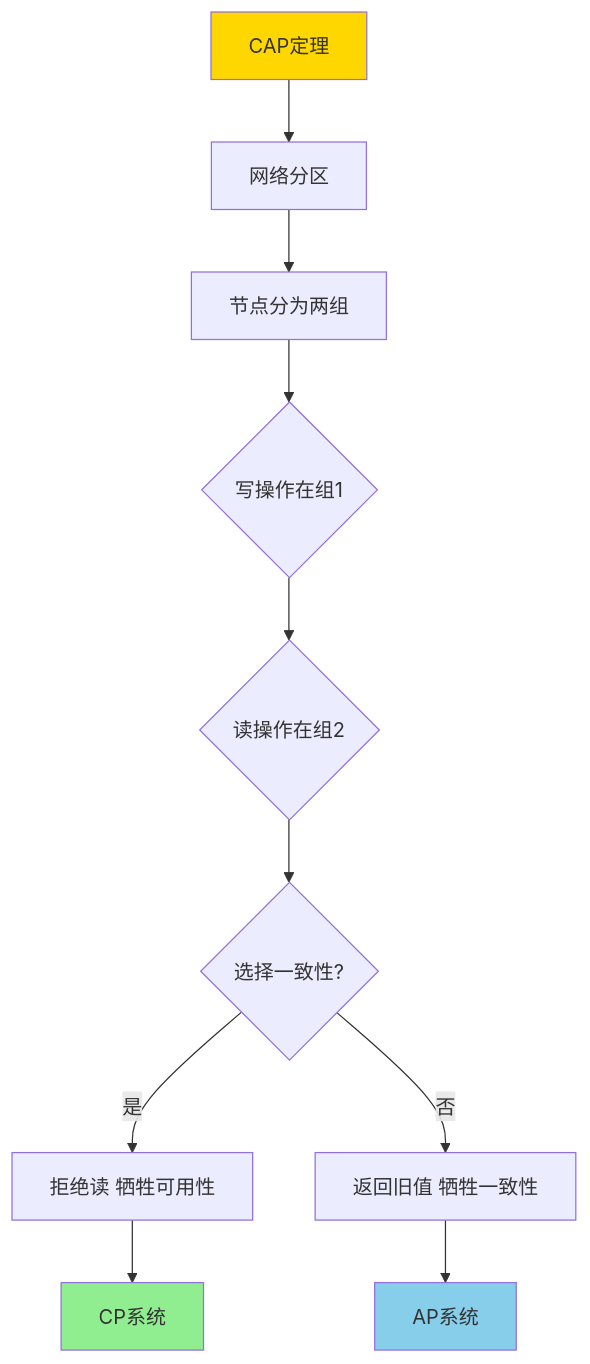
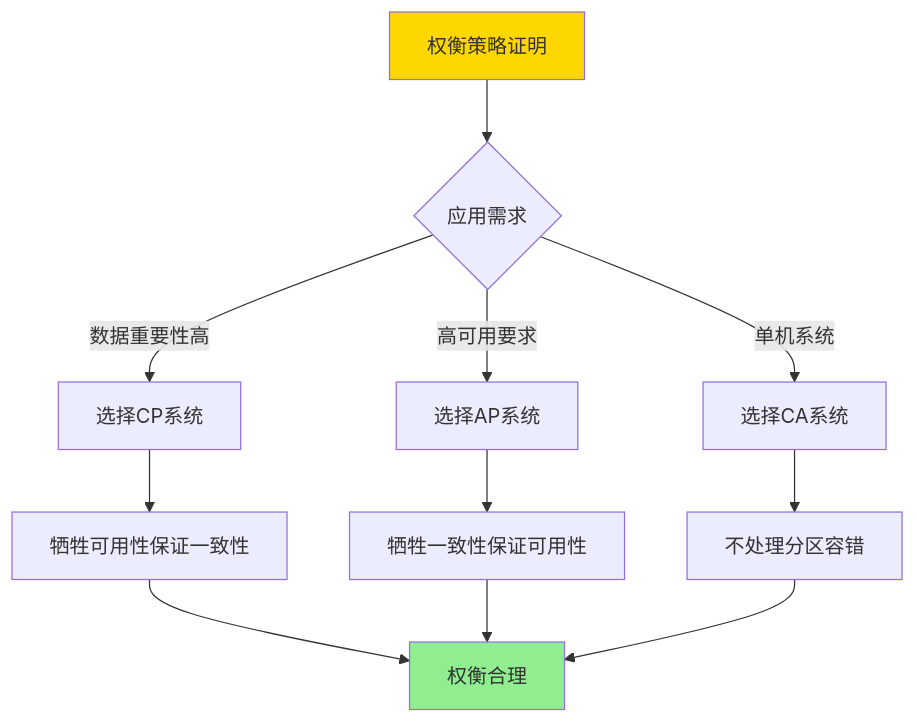
One commit to AdaMartin18010/PostgreSQL_modern changed the sixth of 7 diagrams in PostgreSQL/10-理论基础/04-分布式系统理论/04.02-分布式一致性与CAP-形式化刻画与权衡.md. Above: the diagram before and after it, drawn with Mermaid. The commit also changed other lines of this file and 16 other files, not shown here.

````diff
--- a/PostgreSQL/10-理论基础/04-分布式系统理论/04.02-分布式一致性与CAP-形式化刻画与权衡.md
+++ b/PostgreSQL/10-理论基础/04-分布式系统理论/04.02-分布式一致性与CAP-形式化刻画与权衡.md
@@ -283,16 +408,16 @@
 ```mermaid
 graph TD
-    A[CAP定理] --> B[网络分区]
-    B --> C[节点分为两组]
-    C --> D{写操作在组1}
-    D --> E{读操作在组2}
-    E --> F{选择一致性?}
-    F -->|是| G[拒绝读 牺牲可用性]
-    F -->|否| H[返回旧值 牺牲一致性]
-    G --> I[CP系统]
-    H --> J[AP系统]
+    A[权衡策略证明] --> B{应用需求}
+    B -->|数据重要性高| C[选择CP系统]
+    B -->|高可用要求| D[选择AP系统]
+    B -->|单机系统| E[选择CA系统]
+    C --> F[牺牲可用性保证一致性]
+    D --> G[牺牲一致性保证可用性]
+    E --> H[不处理分区容错]
+    F --> I[权衡合理]
+    G --> I
+    H --> I
 
     style A fill:#FFD700
     style I fill:#90EE90
-    style J fill:#87CEEB
 ```
````
